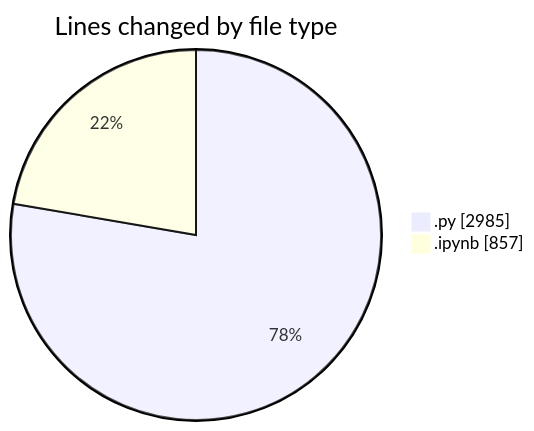
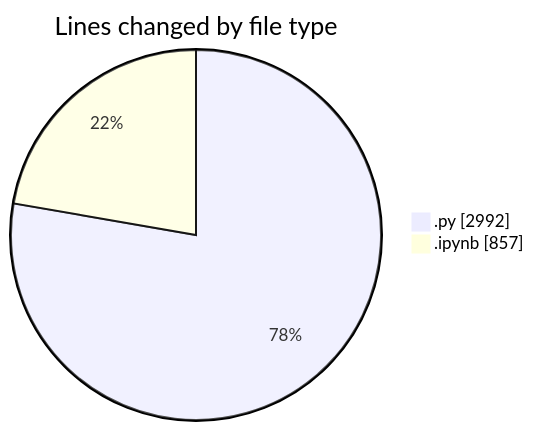
Before and after one commit to MatusMokan/code-tracking: the first of 2 diagrams in 2025-11-15/untitled__workspace_/README.md, drawn with Mermaid. The commit also changed other lines of this file and 1 other file, not shown here.

````diff
--- a/2025-11-15/untitled__workspace_/README.md
+++ b/2025-11-15/untitled__workspace_/README.md
@@ -29,6 +29,6 @@
 ```mermaid
 pie showData
 title Lines changed by file type
-".py" : 2985
+".py" : 2992
 ".ipynb" : 857
 ```
````
